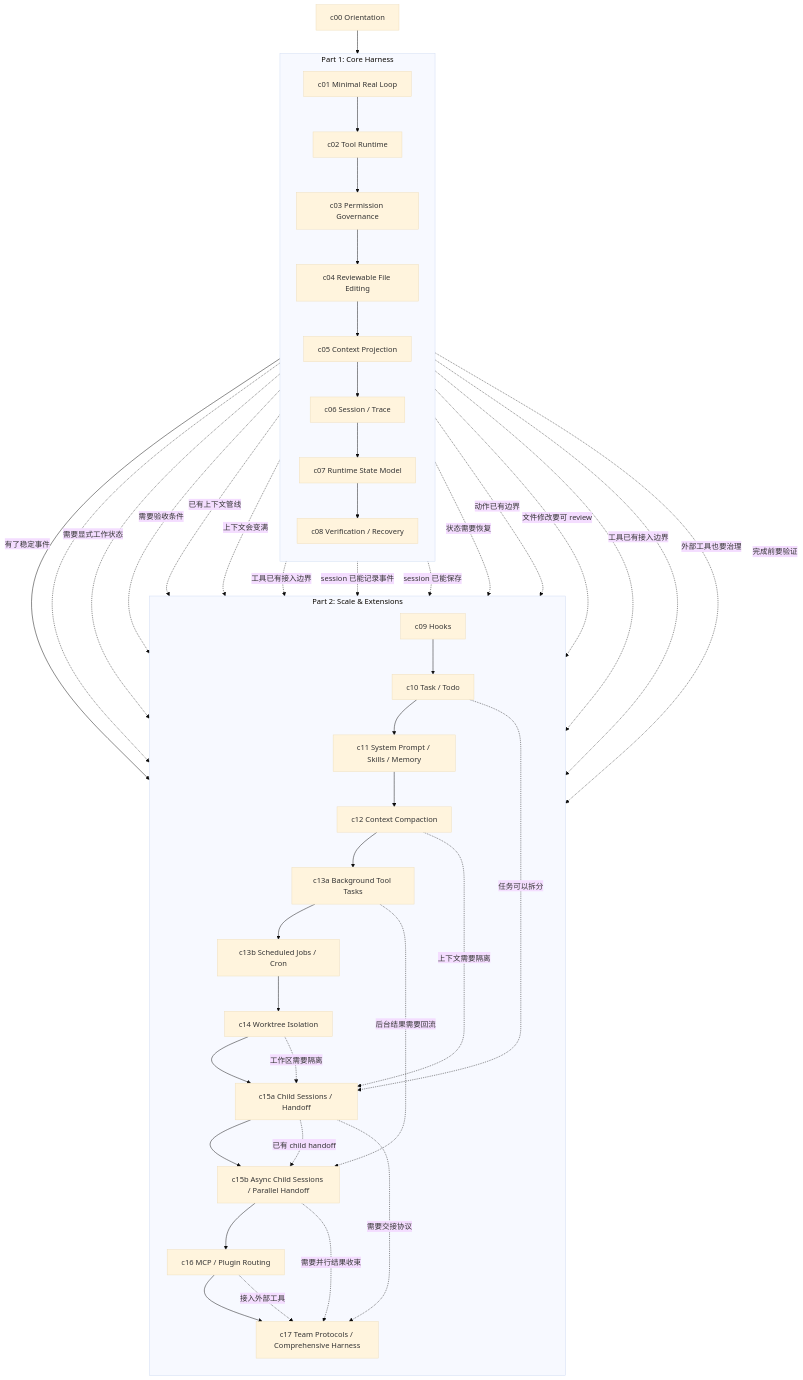
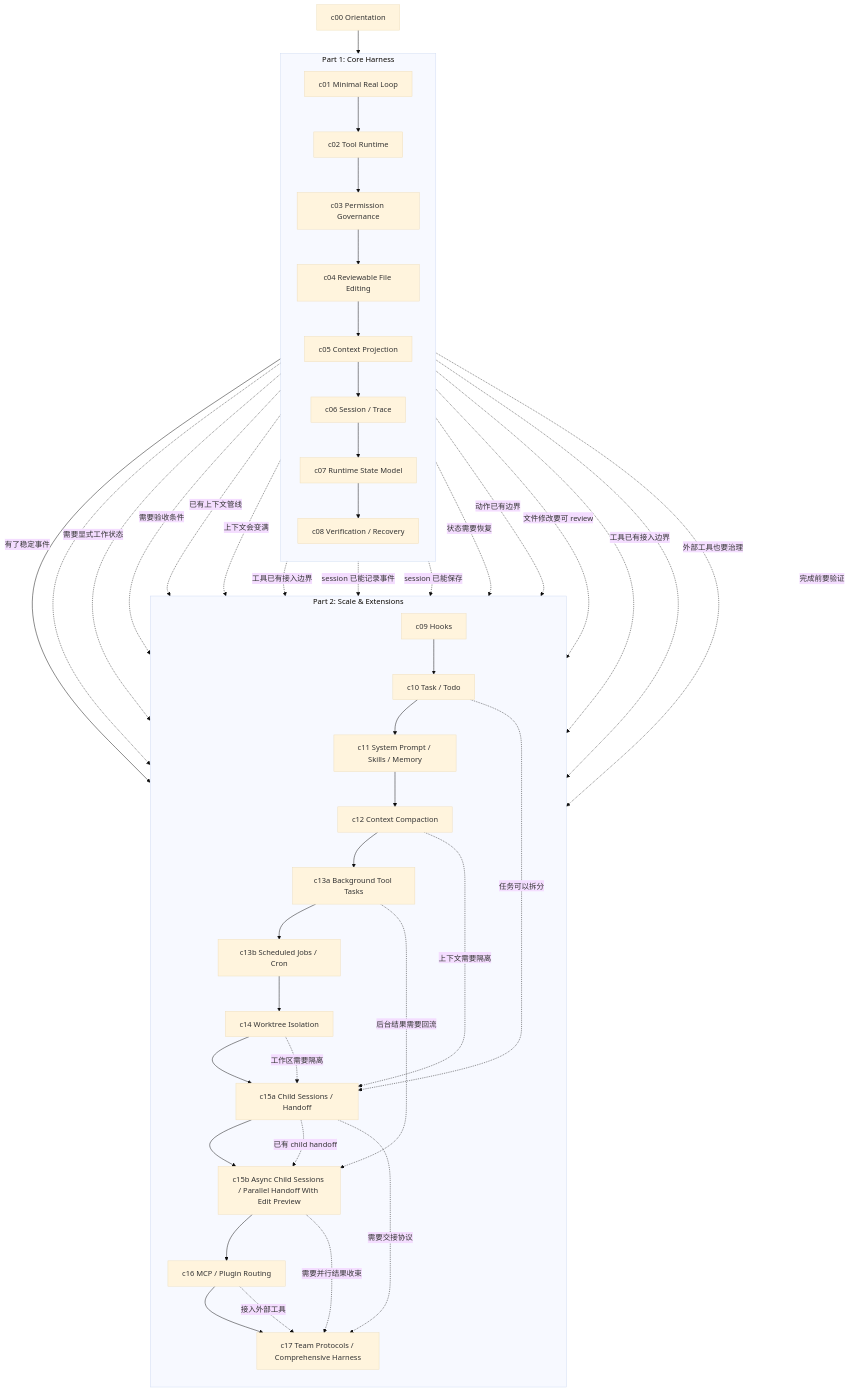
One commit to ZophiaWong/forge-harness changed the diagram in docs/02-tutorial-roadmap.md. Above: the diagram before and after it, drawn with Mermaid (base theme). The commit also changed other lines of this file and 16 other files, not shown here.

Commit message:
feat: add c15b async child sessions

````diff
--- a/docs/02-tutorial-roadmap.md
+++ b/docs/02-tutorial-roadmap.md
@@ -15,57 +15,57 @@
 ```mermaid
 flowchart TB
   c00["c00 Orientation"]
 
   subgraph P1["Part 1: Core Harness"]
     direction TB
     c01["c01 Minimal Real Loop"]
     c02["c02 Tool Runtime"]
     c03["c03 Permission Governance"]
     c04["c04 Reviewable File Editing"]
     c05["c05 Context Projection"]
     c06["c06 Session / Trace"]
     c07["c07 Runtime State Model"]
     c08["c08 Verification / Recovery"]
   end
 
   subgraph P2["Part 2: Scale & Extensions"]
     direction TB
     c09["c09 Hooks"]
     c10["c10 Task / Todo"]
     c11["c11 System Prompt / Skills / Memory"]
     c12["c12 Context Compaction"]
     c13a["c13a Background Tool Tasks"]
     c13b["c13b Scheduled Jobs / Cron"]
     c14["c14 Worktree Isolation"]
     c15a["c15a Child Sessions / Handoff"]
-    c15b["c15b Async Child Sessions / Parallel Handoff"]
+    c15b["c15b Async Child Sessions / Parallel Handoff With Edit Preview"]
     c16["c16 MCP / Plugin Routing"]
     c17["c17 Team Protocols / Comprehensive Harness"]
   end
 
   c00 --> c01 --> c02 --> c03 --> c04 --> c05 --> c06 --> c07 --> c08
   c08 --> c09 --> c10 --> c11 --> c12 --> c13a --> c13b --> c14 --> c15a --> c15b --> c16 --> c17
 
   c06 -. "有了稳定事件" .-> c09
   c07 -. "需要显式工作状态" .-> c10
   c08 -. "需要验收条件" .-> c10
   c05 -. "已有上下文管线" .-> c11
   c05 -. "上下文会变满" .-> c12
   c02 -. "工具已有接入边界" .-> c13a
   c06 -. "session 已能记录事件" .-> c13a
   c06 -. "session 已能保存" .-> c13b
   c07 -. "状态需要恢复" .-> c13b
   c03 -. "动作已有边界" .-> c14
   c04 -. "文件修改要可 review" .-> c14
   c10 -. "任务可以拆分" .-> c15a
   c12 -. "上下文需要隔离" .-> c15a
   c14 -. "工作区需要隔离" .-> c15a
   c13a -. "后台结果需要回流" .-> c15b
   c15a -. "已有 child handoff" .-> c15b
   c02 -. "工具已有接入边界" .-> c16
   c03 -. "外部工具也要治理" .-> c16
   c15a -. "需要交接协议" .-> c17
   c15b -. "需要并行结果收束" .-> c17
   c16 -. "接入外部工具" .-> c17
   c08 -. "完成前要验证" .-> c17
 ```
````
